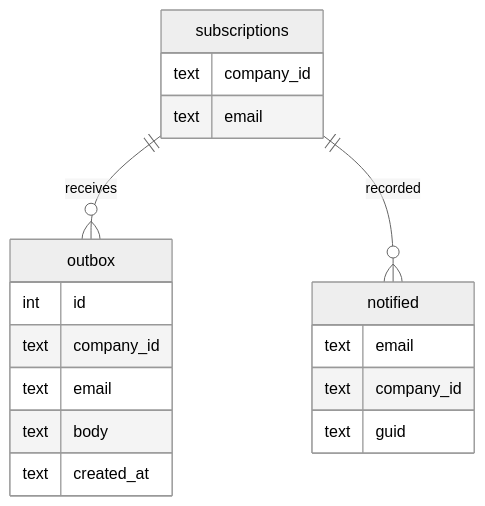
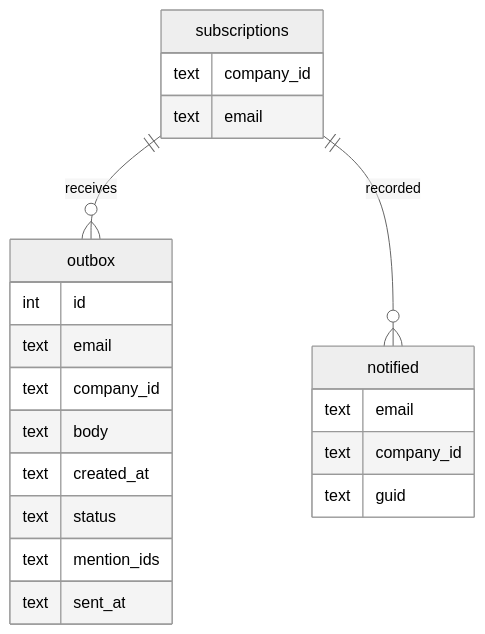
The sixth of 8 diagrams in docs/ARCHITECTURE.md (itayavtalyon/press-mentions), drawn with Mermaid (neutral theme) before and after one commit. The commit also changed other lines of this file and 374 other files, not shown here.

````diff
--- a/docs/ARCHITECTURE.md
+++ b/docs/ARCHITECTURE.md
@@ -195,21 +212,24 @@
 ```mermaid
 erDiagram
   subscriptions ||--o{ outbox : receives
   subscriptions ||--o{ notified : recorded
   subscriptions {
     text company_id
     text email
   }
   notified {
     text email
     text company_id
     text guid
   }
   outbox {
     int id
+    text email
     text company_id
-    text email
     text body
     text created_at
+    text status
+    text mention_ids
+    text sent_at
   }
 ```
````
